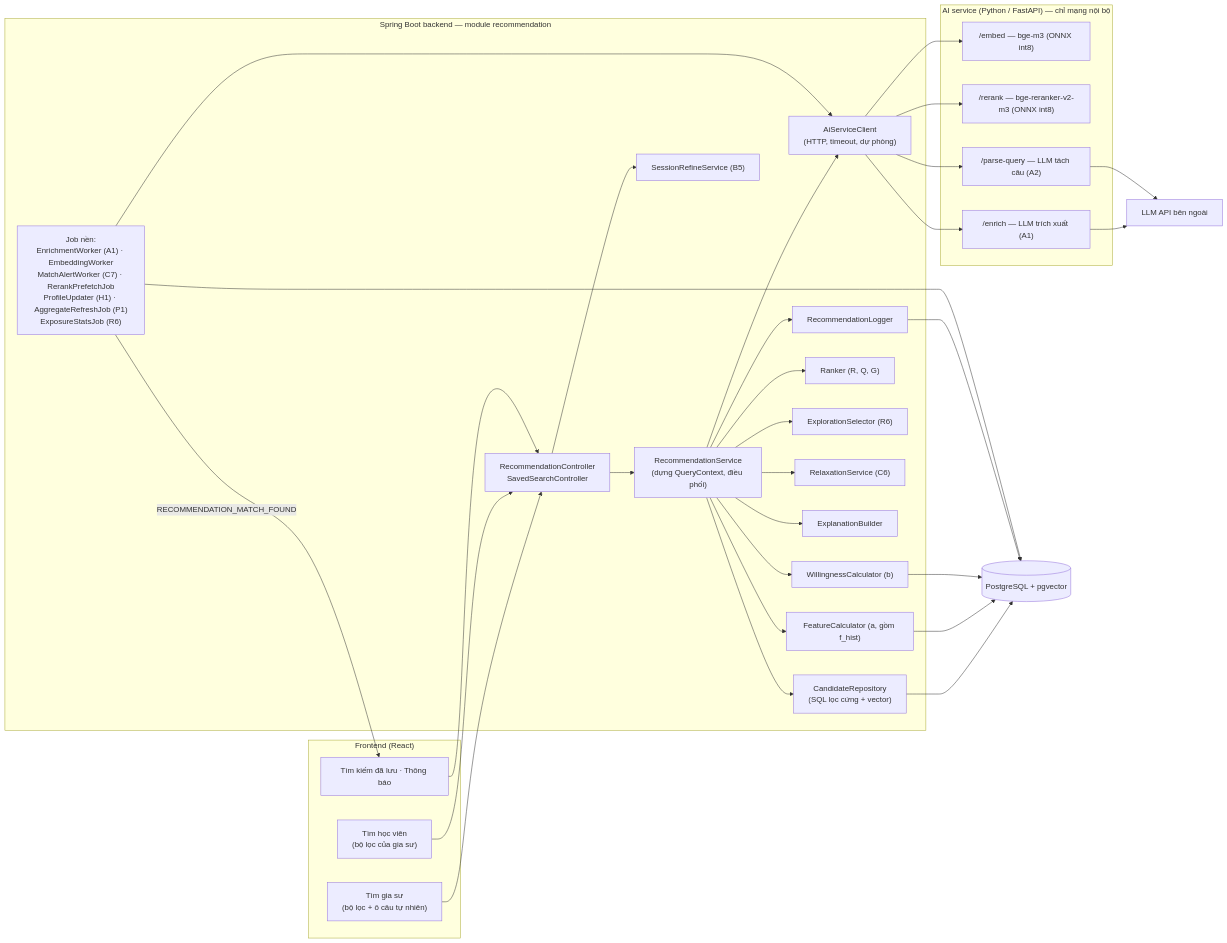
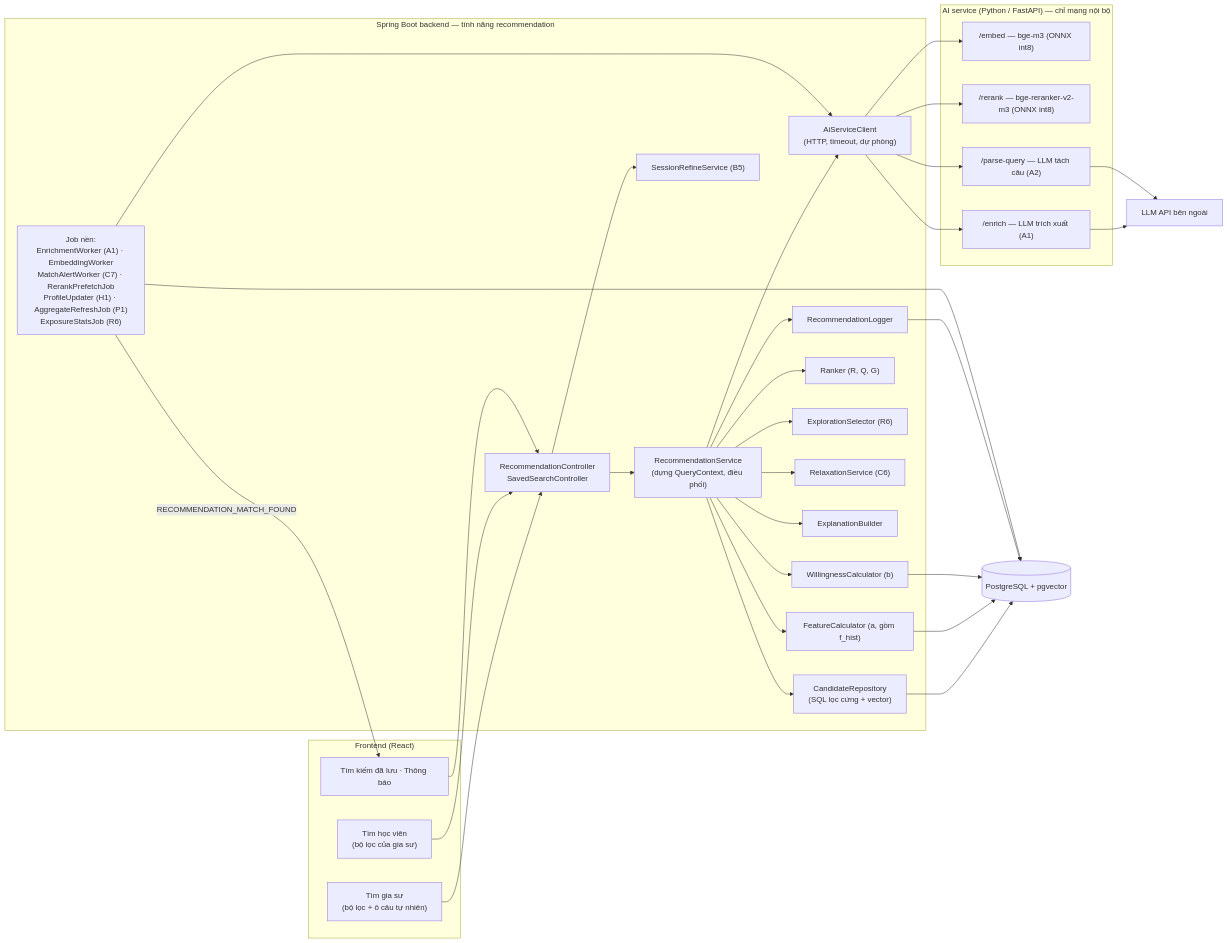
One commit to Vankheeng/ptutor changed the first of 2 diagrams in docs/recommendation/02-kien-truc.md. Above: the diagram before and after it, drawn with Mermaid. The commit also changed other lines of this file and 3 other files, not shown here.

````diff
--- a/docs/recommendation/02-kien-truc.md
+++ b/docs/recommendation/02-kien-truc.md
@@ -5,42 +5,42 @@
 ```mermaid
 flowchart LR
     subgraph FE["Frontend (React)"]
         UI1["Tìm gia sư<br/>(bộ lọc + ô câu tự nhiên)"]
         UI2["Tìm học viên<br/>(bộ lọc của gia sư)"]
         UI3["Tìm kiếm đã lưu · Thông báo"]
     end
 
-    subgraph BE["Spring Boot backend — module recommendation"]
+    subgraph BE["Spring Boot backend — tính năng recommendation"]
         API["RecommendationController<br/>SavedSearchController"]
         ORC["RecommendationService<br/>(dựng QueryContext, điều phối)"]
         CAND["CandidateRepository<br/>(SQL lọc cứng + vector)"]
         FEAT["FeatureCalculator (a, gồm f_hist)"]
         WILL["WillingnessCalculator (b)"]
         RANK["Ranker (R, Q, G)"]
         EXP["ExplorationSelector (R6)"]
         RELAX["RelaxationService (C6)"]
         REF["SessionRefineService (B5)"]
         EXPL["ExplanationBuilder"]
         LOG["RecommendationLogger"]
         JOBS["Job nền:<br/>EnrichmentWorker (A1) · EmbeddingWorker<br/>MatchAlertWorker (C7) · RerankPrefetchJob<br/>ProfileUpdater (H1) · AggregateRefreshJob (P1)<br/>ExposureStatsJob (R6)"]
         AIC["AiServiceClient<br/>(HTTP, timeout, dự phòng)"]
     end
 
     subgraph AI["AI service (Python / FastAPI) — chỉ mạng nội bộ"]
         EMB["/embed — bge-m3 (ONNX int8)"]
         RR["/rerank — bge-reranker-v2-m3 (ONNX int8)"]
         ENR["/enrich — LLM trích xuất (A1)"]
         PQ["/parse-query — LLM tách câu (A2)"]
     end
 
     DB[("PostgreSQL + pgvector")]
     LLM["LLM API bên ngoài"]
 
     UI1 & UI2 & UI3 --> API --> ORC
     ORC --> CAND & FEAT & WILL & RANK & EXP & RELAX & EXPL & LOG
     API --> REF
     CAND & FEAT & WILL & LOG & JOBS --> DB
     ORC & JOBS --> AIC --> EMB & RR & ENR & PQ
     ENR & PQ --> LLM
     JOBS -->|"RECOMMENDATION_MATCH_FOUND"| UI3
 ```
````
